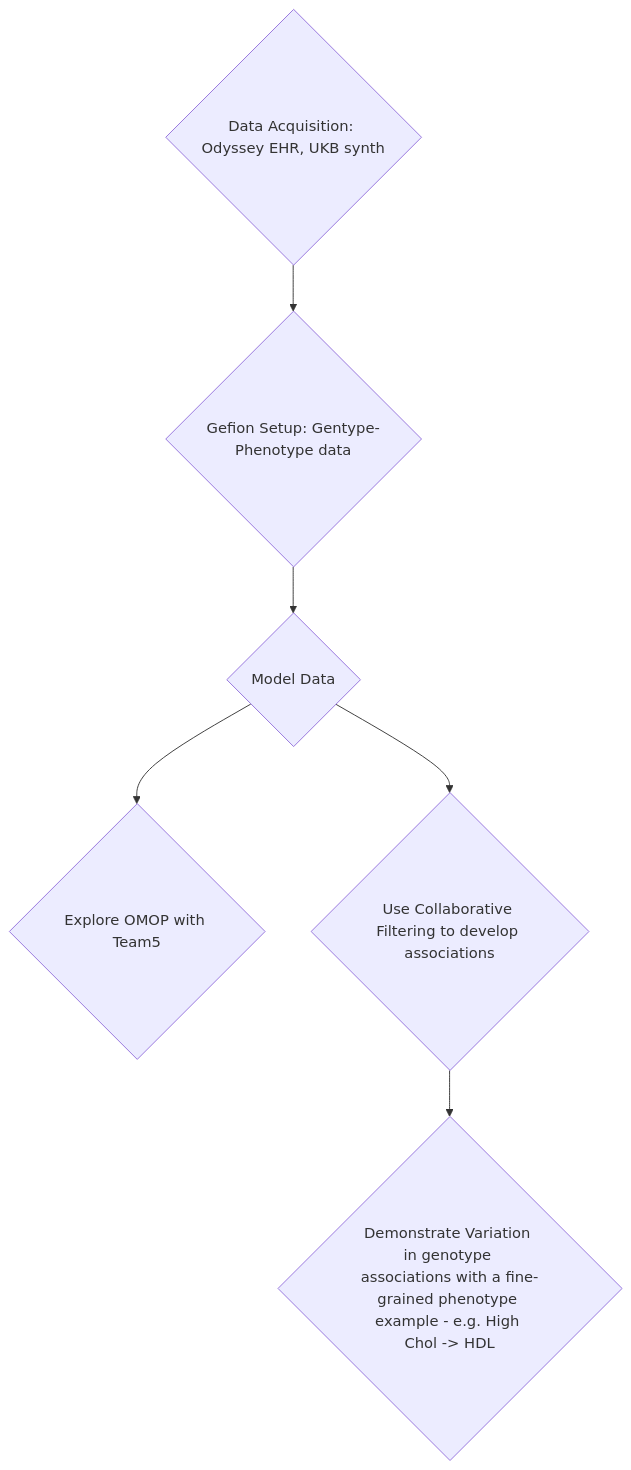
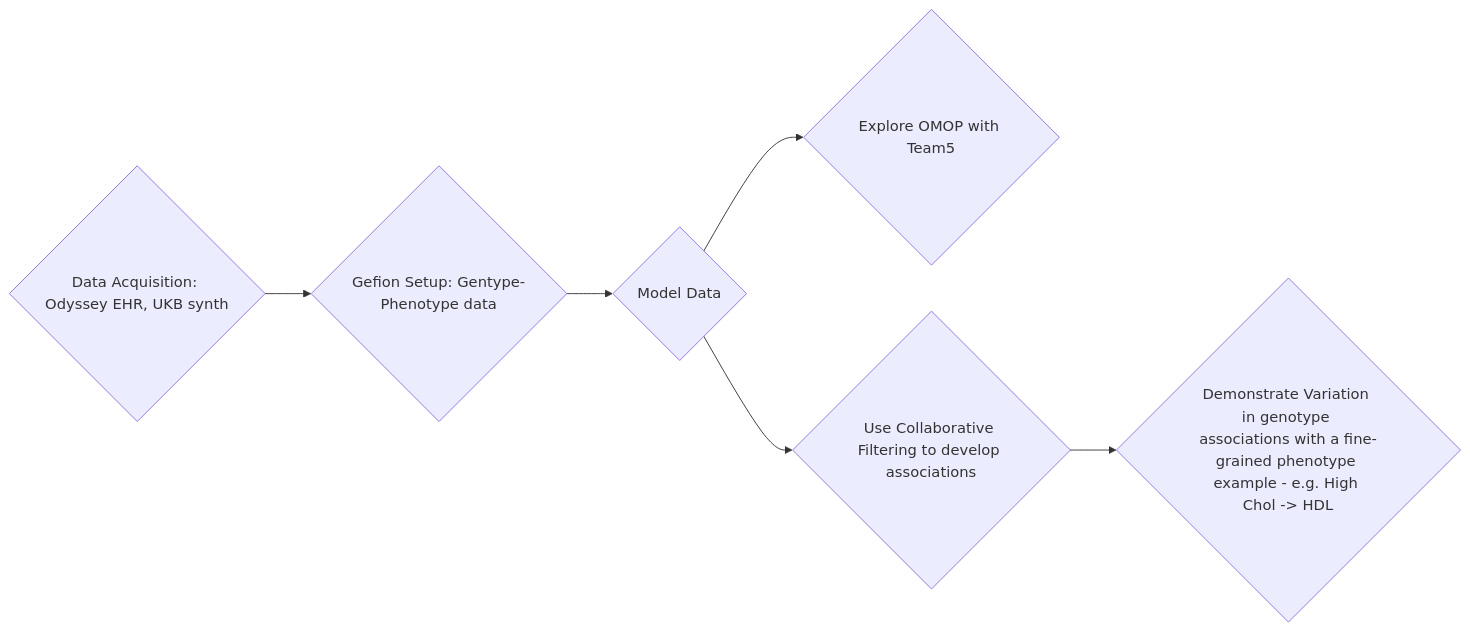
Before and after one commit to collaborativebioinformatics/F3CF: the diagram in README.md, drawn with Mermaid.

````diff
--- a/README.md
+++ b/README.md
@@ -36,8 +36,8 @@
 ```mermaid
-graph TD;
+graph LR;
     A{"Data Acquisition: Odyssey EHR, UKB synth"}-->B{"Gefion Setup: Gentype-Phenotype data"};
     B-->C{"Model Data"};
     C-->D{"Explore OMOP with Team5"};
     C-->E{"Use Collaborative Filtering to develop associations"};
     E-->F{"Demonstrate Variation in genotype associations with a fine-grained phenotype example - e.g. High Chol -> HDL"};
 ```
````
